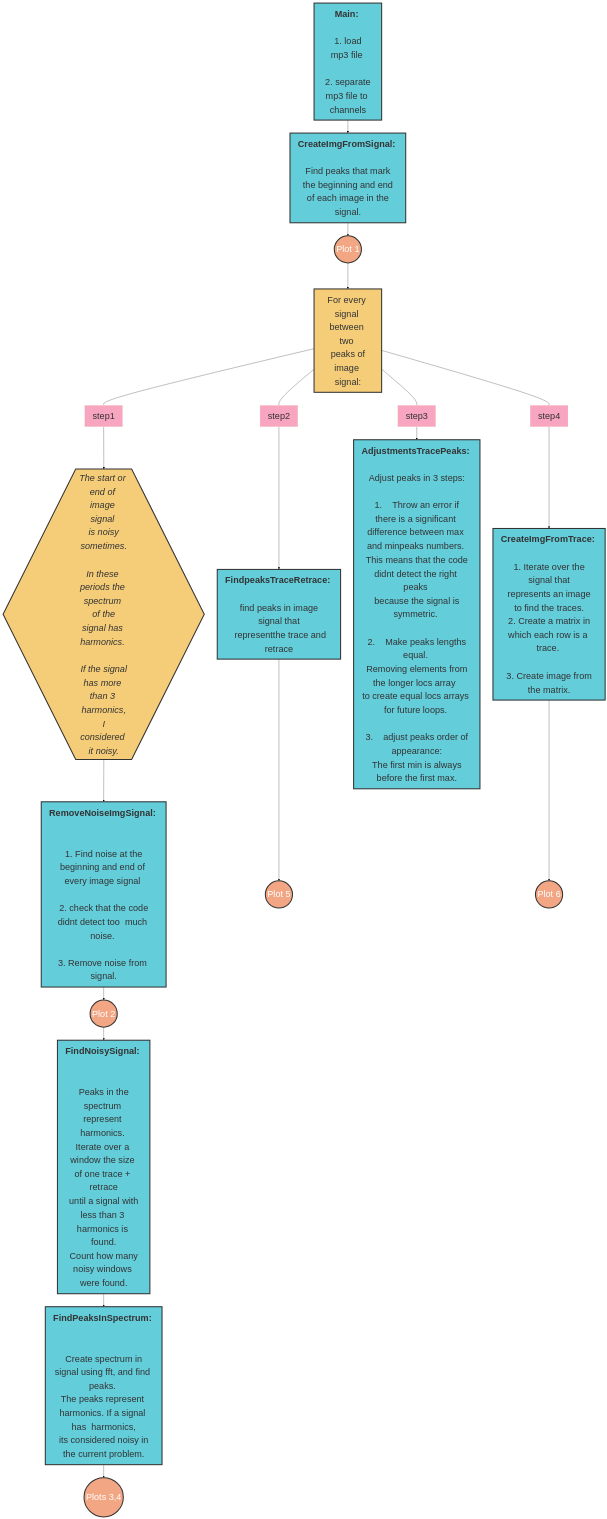
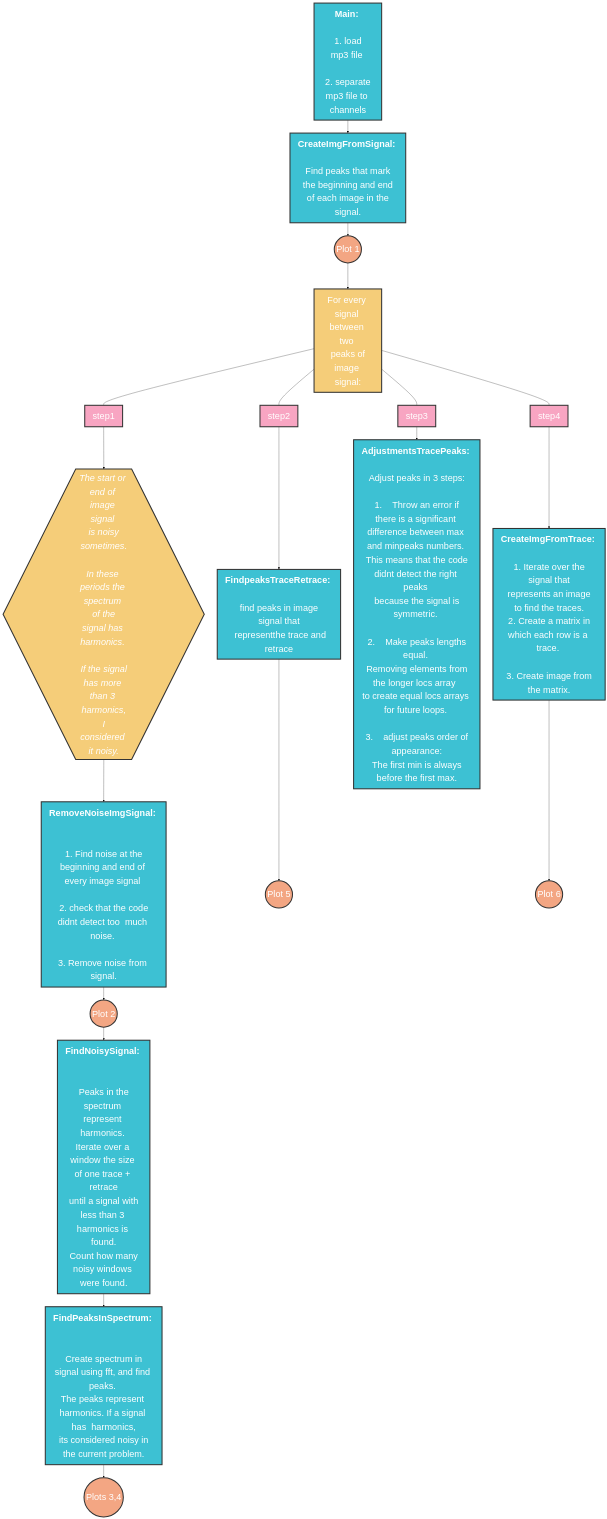
The diagram in README.md (michalevin25/VoyagerGoldenDisk), drawn with Mermaid before and after one commit.

````diff
--- a/README.md
+++ b/README.md
@@ -18,57 +18,57 @@
 ```mermaid
 %%{init: {'theme': 'base', 'themeVariables': { 'fontSize': '35px'}}}%%
 flowchart TB
 
 
 
 %% Nodes:
 
     id1[<b>Main:</b> <br /> <br /> 1. load mp3 file <br /> <br /> 2. separate mp3 file to channels]
     
     id2[<b>CreateImgFromSignal:</b> <br /> <br /> Find peaks that mark the beginning and end<br /> of each image in the signal.]
     
     id3[For every signal between two <br /> peaks of image signal:]
     
     id4{{<i>The start or end of image signal <br /> is noisy sometimes.<br /> <br />In these periods the spectrum <br /> of the signal has harmonics. <br /><br /> If the signal has more than 3 harmonics,<br /> I considered it noisy.</i>}}
     
     id5[<b>RemoveNoiseImgSignal:</b>  <br /> <br /> 1. Find noise at the beginning and end of every image signal <br /> <br /> 2. check that the code didnt detect too  much noise. <br /> <br />3. Remove noise from signal. ]
         
     id6[<b>FindNoisySignal:</b>  <br /> <br /> Peaks in the spectrum represent harmonics. <br />Iterate over a window the size of one trace + retrace<br /> until a signal with less than 3 harmonics is found.<br /> Count how many noisy windows were found.]
     
     id7[<b>FindPeaksInSpectrum:</b>  <br /> <br /> Create spectrum in signal using fft, and find peaks. <br />The peaks represent harmonics. If a signal has  harmonics,<br /> its considered noisy in the current problem.]
         
     id8[<b>FindpeaksTraceRetrace:</b> <br />  <br /> find peaks in image signal that<br />  representthe trace and retrace]
         
     id9[<b>AdjustmentsTracePeaks:</b> <br />  <br /> Adjust peaks in 3 steps: <br /> <br /> 1.	Throw an error if there is a significant <br />difference between max and minpeaks numbers. <br /> This means that the code didnt detect the right peaks <br /> because the signal is symmetric. <br /> <br /> 2.	Make peaks lengths equal. <br /> Removing elements from the longer locs array  <br />to create equal locs arrays for future loops. <br /> <br /> 3.	adjust peaks order of appearance:<br /> The first min is always before the first max.]
     
     id10[<b>CreateImgFromTrace:</b> <br />  <br /> 1. Iterate over the signal that<br /> represents an image to find the traces.<br /> 2. Create a matrix in which each row is a trace. <br /> <br /> 3. Create image from the matrix.]
     
     %% plot nodes:
    
     plt1((Plot 1)) 
     plt2((Plot 2)) 
     plt34((Plots 3,4)) 
     plt5((Plot 5)) 
     plt6((Plot 6)) 
     
     %% Relations between nodes: 
     
     id1--> id2 --> plt1 ---> id3
     id3 --- step1 --> id4  --> id5 --> plt2--> id6 --> id7 --> plt34
     id3---  step2--> id8 --> plt5
     id3---  step3--> id9
     id3---  step4--> id10 --> plt6 
     
     %% attaching to class for styling:
     
     class id1,id2,id5,id6,id7,id8,id9,id10 nodesfunc;
     class id3,id4 nodescomment;
     class plt1,plt2,plt34,plt5,plt6 nodesplt;
     
     %% styling:
-    classDef default      fill:#f8a5c2
-    classDef nodesfunc    fill:#63cdda, stroke:#333,stroke-width:4px
-    classDef nodescomment fill:#f5cd79, stroke:#333,stroke-width:4px
+    classDef default      fill:#f8a5c2, stroke:#333,stroke-width:4px, color:#fff
+    classDef nodesfunc    fill:#3dc1d3, stroke:#333,stroke-width:4px, color:#fff
+    classDef nodescomment fill:#f5cd79, stroke:#333,stroke-width:4px, color:#fff
     classDef nodesplt     fill:#f3a683, stroke:#333,stroke-width:4px, color:#fff
 
 ```
````
